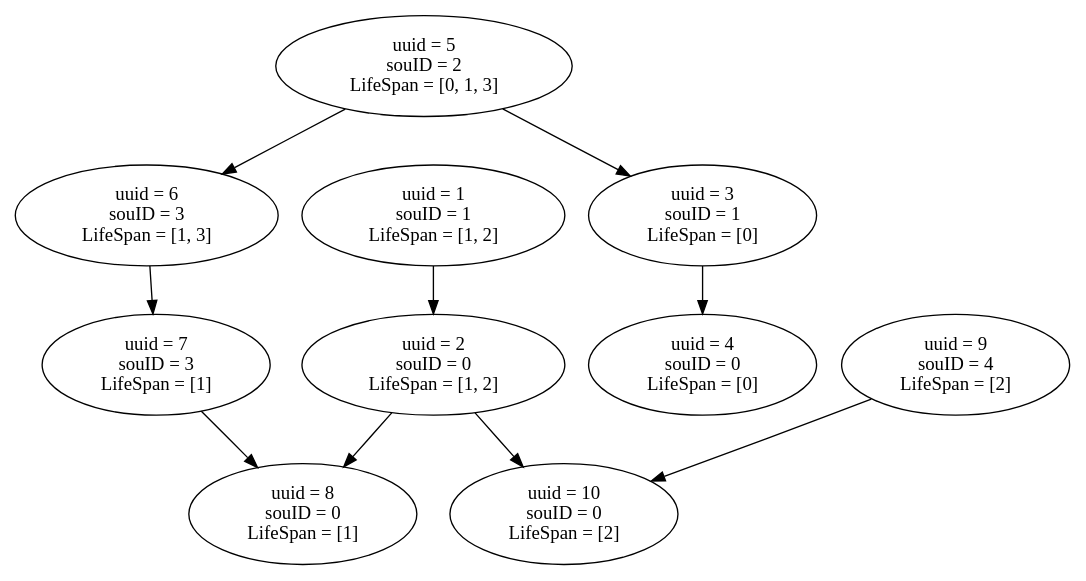
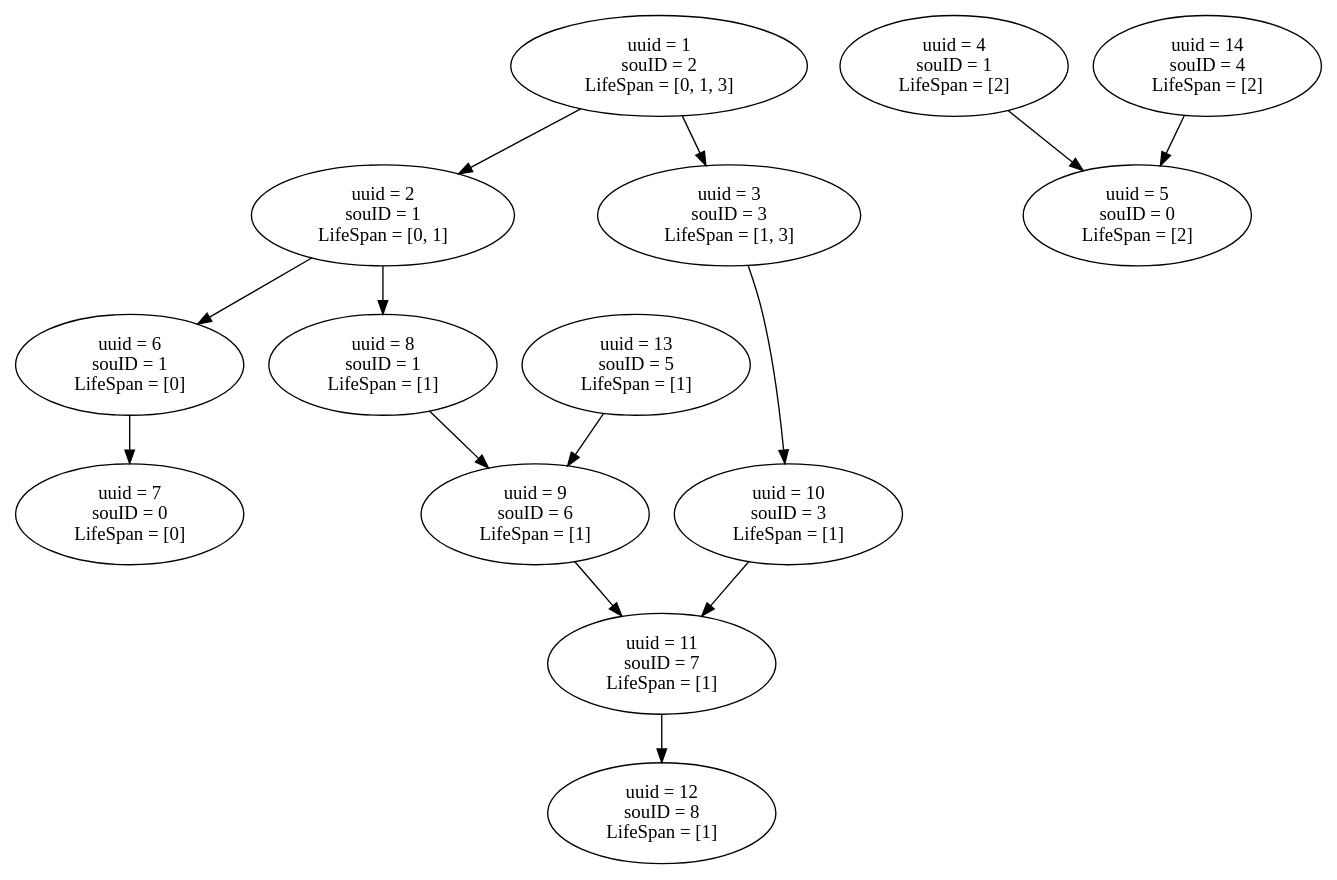
One commit to zzzzzec/work changed the diagram in gt/IG/IG.gv. Above: the diagram before and after it, drawn with Graphviz. The commit also changed 38 other files, not shown here.

```diff
--- a/gt/IG/IG.gv
+++ b/gt/IG/IG.gv
@@ -1,42 +1,58 @@
 // IindexGraph
 digraph {
 	1 [label="uuid = 1
+souID = 2
+LifeSpan = [0, 1, 3]"]
+	2 [label="uuid = 2
 souID = 1
-LifeSpan = [1, 2]"]
-	2 [label="uuid = 2
+LifeSpan = [0, 1]"]
+	3 [label="uuid = 3
+souID = 3
+LifeSpan = [1, 3]"]
+	4 [label="uuid = 4
+souID = 1
+LifeSpan = [2]"]
+	5 [label="uuid = 5
 souID = 0
-LifeSpan = [1, 2]"]
-	3 [label="uuid = 3
+LifeSpan = [2]"]
+	6 [label="uuid = 6
 souID = 1
 LifeSpan = [0]"]
-	4 [label="uuid = 4
+	7 [label="uuid = 7
 souID = 0
 LifeSpan = [0]"]
-	5 [label="uuid = 5
-souID = 2
-LifeSpan = [0, 1, 3]"]
-	6 [label="uuid = 6
-souID = 3
-LifeSpan = [1, 3]"]
-	7 [label="uuid = 7
+	8 [label="uuid = 8
+souID = 1
+LifeSpan = [1]"]
+	9 [label="uuid = 9
+souID = 6
+LifeSpan = [1]"]
+	10 [label="uuid = 10
 souID = 3
 LifeSpan = [1]"]
-	8 [label="uuid = 8
-souID = 0
+	11 [label="uuid = 11
+souID = 7
 LifeSpan = [1]"]
-	9 [label="uuid = 9
+	12 [label="uuid = 12
+souID = 8
+LifeSpan = [1]"]
+	13 [label="uuid = 13
+souID = 5
+LifeSpan = [1]"]
+	14 [label="uuid = 14
 souID = 4
 LifeSpan = [2]"]
-	10 [label="uuid = 10
-souID = 0
-LifeSpan = [2]"]
 	1 -> 2
+	1 -> 3
+	2 -> 6
 	2 -> 8
-	2 -> 10
-	3 -> 4
-	5 -> 3
-	5 -> 6
+	3 -> 10
+	4 -> 5
 	6 -> 7
-	7 -> 8
-	9 -> 10
+	8 -> 9
+	9 -> 11
+	10 -> 11
+	11 -> 12
+	13 -> 9
+	14 -> 5
 }
```
